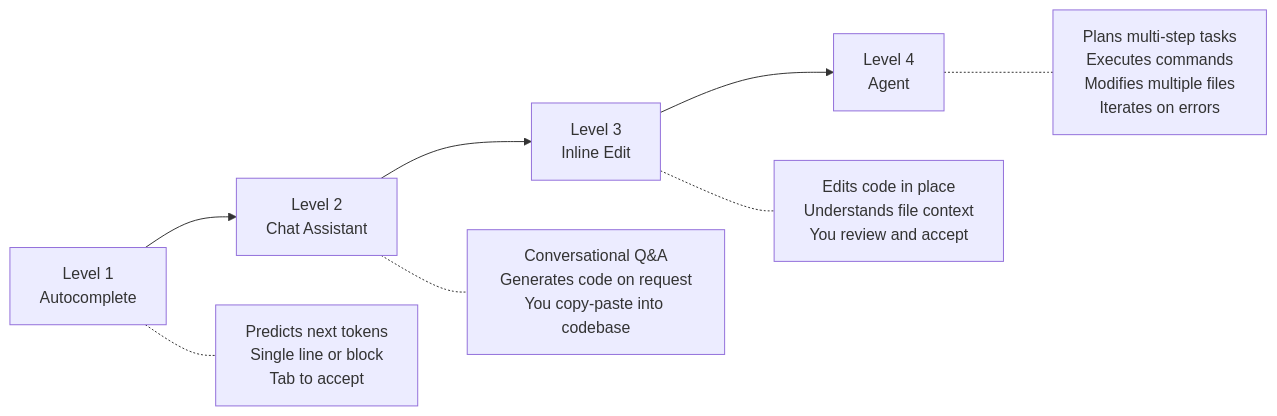
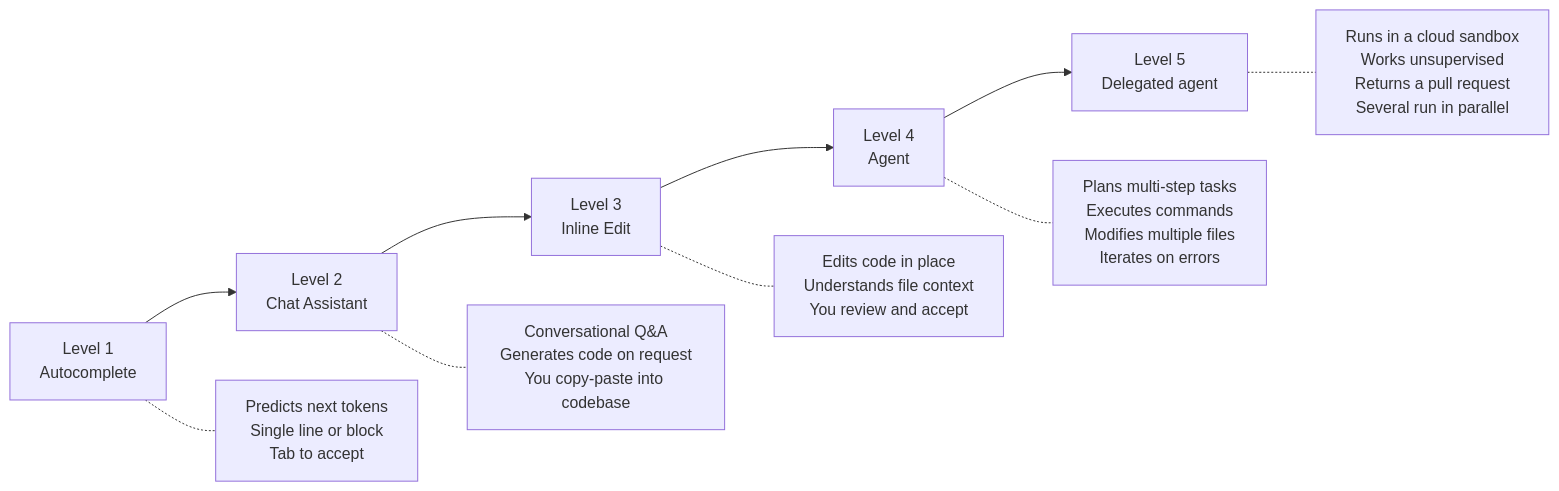
Before and after one commit to bernardmendonca/ai-engineering-playbook: the first of 3 diagrams in ai-coding-agents/what-is-an-agent.md, drawn with Mermaid. The commit also changed other lines of this file and 53 other files, not shown here.

````diff
--- a/ai-coding-agents/what-is-an-agent.md
+++ b/ai-coding-agents/what-is-an-agent.md
@@ -9,11 +9,13 @@
 ```mermaid
 flowchart LR
     A[Level 1<br/>Autocomplete] --> B[Level 2<br/>Chat Assistant]
     B --> C[Level 3<br/>Inline Edit]
     C --> D[Level 4<br/>Agent]
+    D --> E[Level 5<br/>Delegated agent]
 
     A -.- A1[Predicts next tokens<br/>Single line or block<br/>Tab to accept]
     B -.- B1[Conversational Q&A<br/>Generates code on request<br/>You copy-paste into codebase]
     C -.- C1[Edits code in place<br/>Understands file context<br/>You review and accept]
     D -.- D1[Plans multi-step tasks<br/>Executes commands<br/>Modifies multiple files<br/>Iterates on errors]
+    E -.- E1[Runs in a cloud sandbox<br/>Works unsupervised<br/>Returns a pull request<br/>Several run in parallel]
 ```
````
